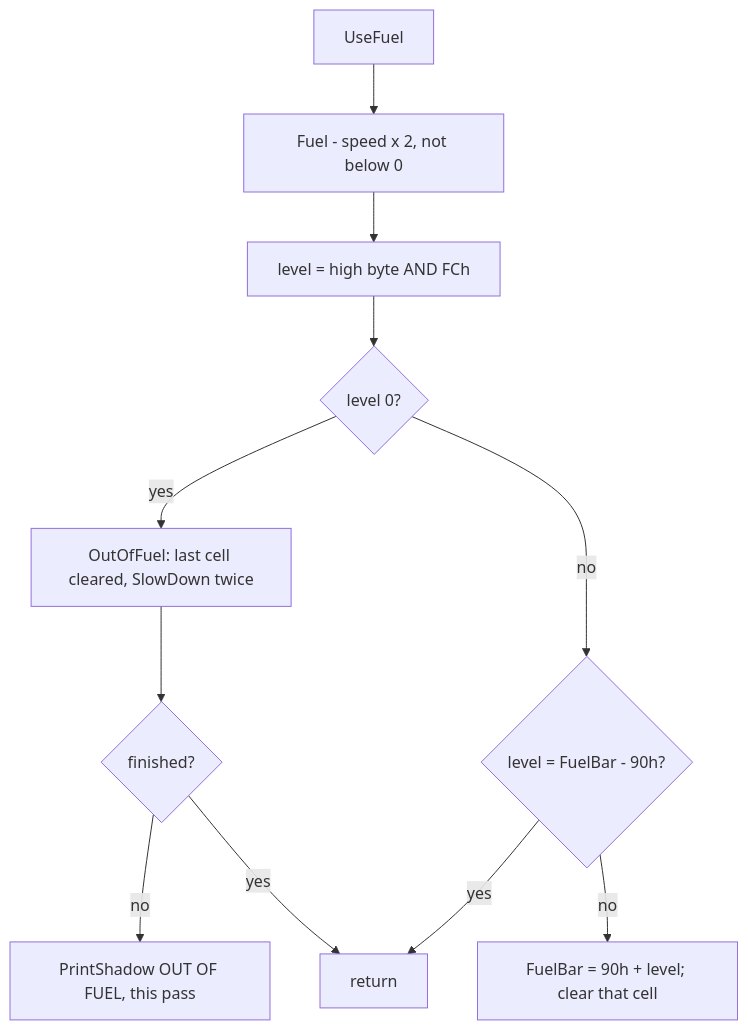
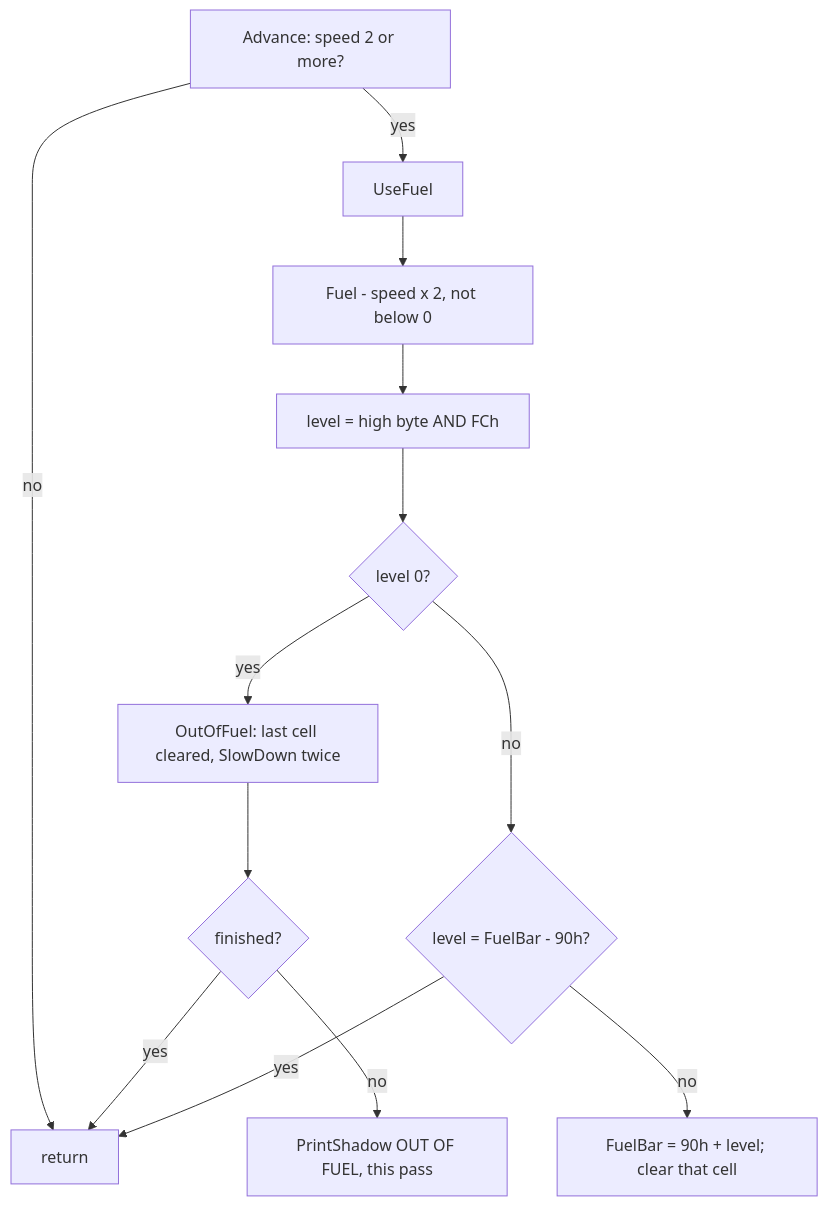
The eighth of 12 diagrams in games/atv-simulator/docs/08-hud-and-text.md (alfishe/unrealng-reverse-cases), drawn with Mermaid before and after one commit. The commit also changed other lines of this file and 30 other files, not shown here.

````diff
--- a/games/atv-simulator/docs/08-hud-and-text.md
+++ b/games/atv-simulator/docs/08-hud-and-text.md
@@ -824,13 +824,15 @@
 ```mermaid
 flowchart TD
-    A["UseFuel"] --> B["Fuel - speed x 2, not below 0"]
+    P["Advance: speed 2 or more?"] -->|"no"| R
+    P -->|"yes"| A["UseFuel"]
+    A --> B["Fuel - speed x 2, not below 0"]
     B --> C["level = high byte AND FCh"]
     C --> D{"level 0?"}
     D -->|"yes"| E["OutOfFuel: last cell cleared, SlowDown twice"]
     E --> F{"finished?"}
     F -->|"no"| G["PrintShadow OUT OF FUEL, this pass"]
     F -->|"yes"| R["return"]
     D -->|"no"| H{"level = FuelBar - 90h?"}
     H -->|"yes"| R
     H -->|"no"| I["FuelBar = 90h + level; clear that cell"]
 ```
````
